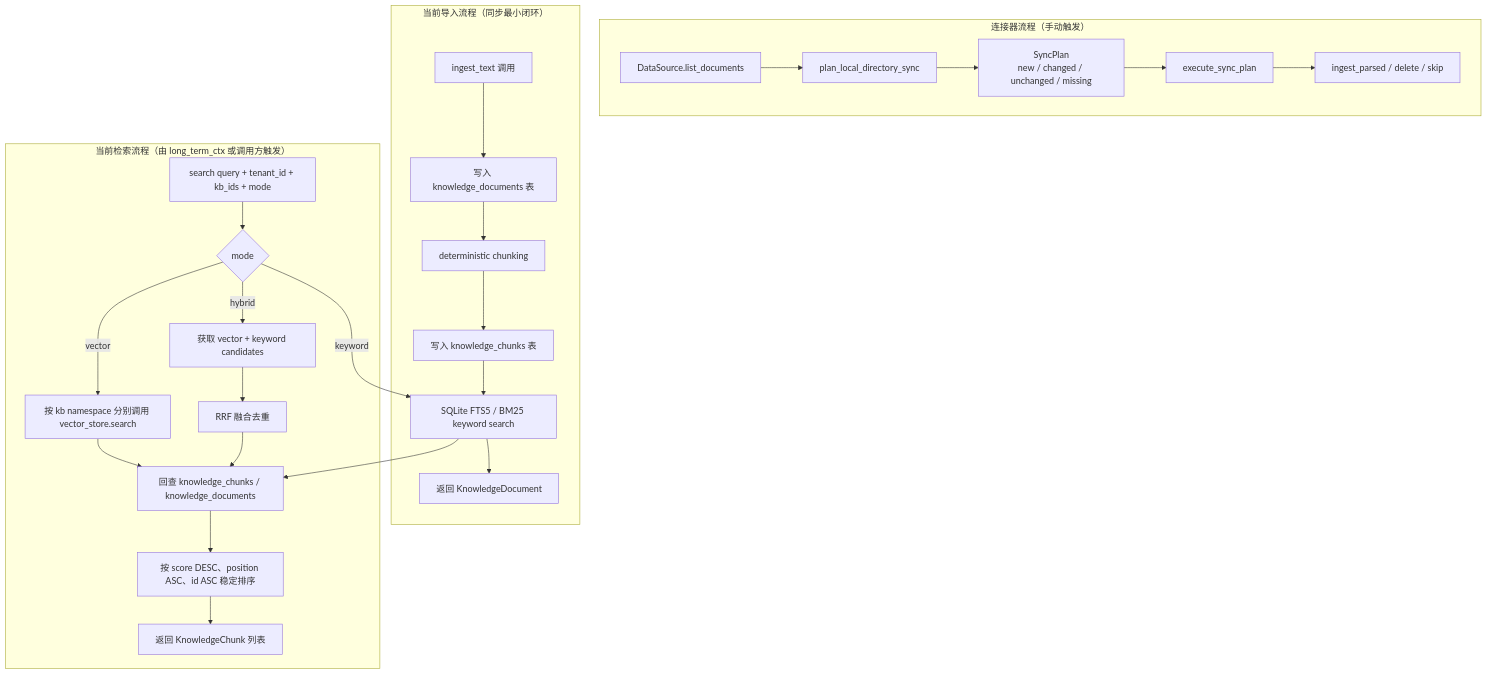
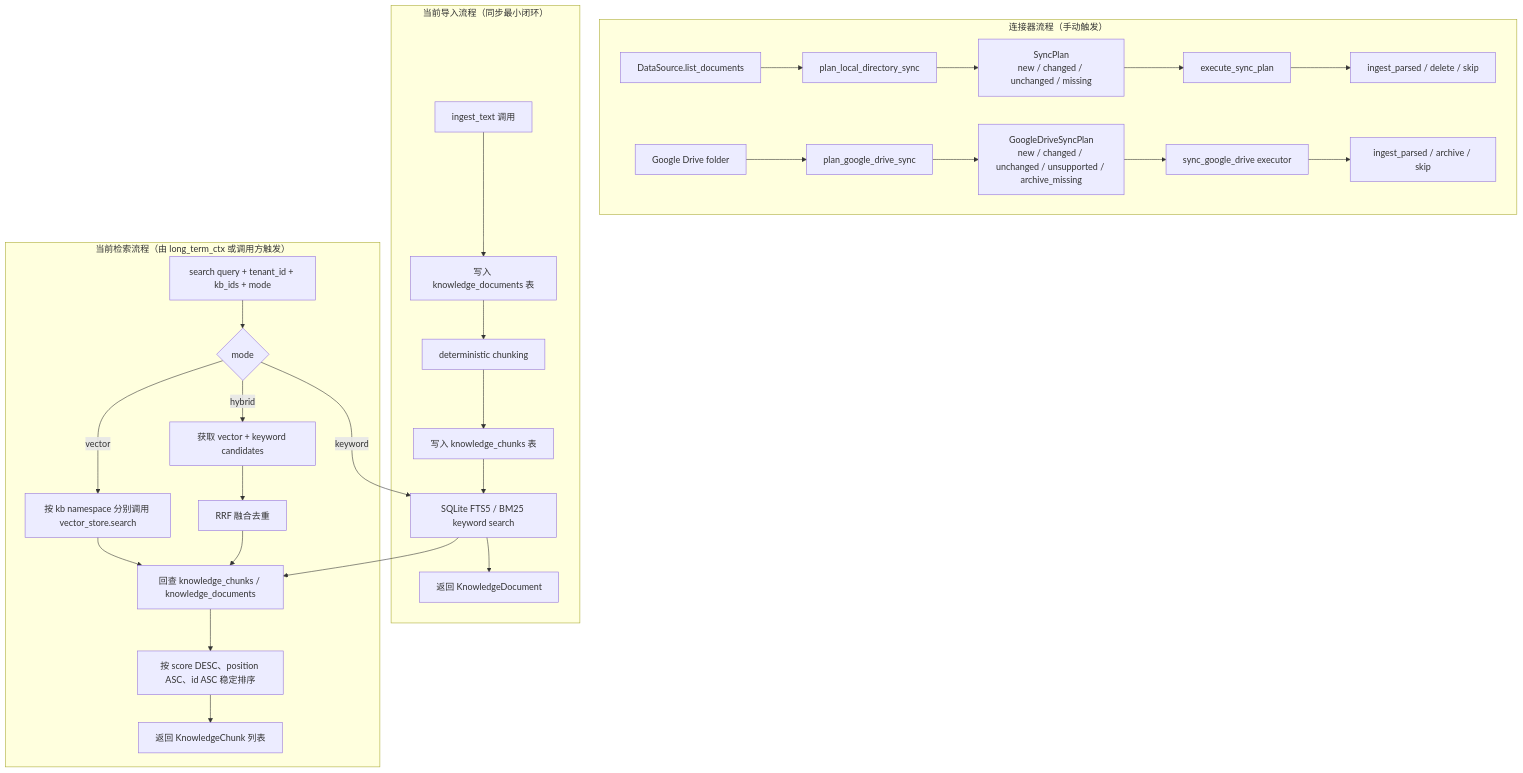
One commit to Summy2104/fleetent changed the diagram in docs/capabilities/knowledge-base.md. Above: the diagram before and after it, drawn with Mermaid. The commit also changed other lines of this file and 18 other files, not shown here.

Commit message:
feat(knowledge-base): add google drive connector

````diff
--- a/docs/capabilities/knowledge-base.md
+++ b/docs/capabilities/knowledge-base.md
@@ -27,31 +27,35 @@
 ```mermaid
 flowchart TD
     subgraph connector["连接器流程（手动触发）"]
         C1[DataSource.list_documents] --> C2[plan_local_directory_sync]
         C2 --> C3[SyncPlan\nnew / changed / unchanged / missing]
         C3 --> C4[execute_sync_plan]
         C4 --> C5[ingest_parsed / delete / skip]
+        G1[Google Drive folder] --> G2[plan_google_drive_sync]
+        G2 --> G3[GoogleDriveSyncPlan\nnew / changed / unchanged / unsupported / archive_missing]
+        G3 --> G4[sync_google_drive executor]
+        G4 --> G5[ingest_parsed / archive / skip]
     end
 
     subgraph ingest["当前导入流程（同步最小闭环）"]
         A[ingest_text 调用] --> B[写入 knowledge_documents 表]
         B --> D[deterministic chunking]
         D --> E[写入 knowledge_chunks 表]
         E --> F[vector_store.upsert\nchunk_id + content + namespace]
         F --> C[返回 KnowledgeDocument]
     end
 
     subgraph search["当前检索流程（由 long_term_ctx 或调用方触发）"]
         K[search query + tenant_id + kb_ids + mode] --> L{mode}
         L -->|vector| V[按 kb namespace 分别调用 vector_store.search]
         L -->|keyword| F[SQLite FTS5 / BM25 keyword search]
         L -->|hybrid| H[获取 vector + keyword candidates]
         V --> M[回查 knowledge_chunks / knowledge_documents]
         F --> M
         H --> R[RRF 融合去重]
         R --> M
         M --> N[按 score DESC、position ASC、id ASC 稳定排序]
         N --> O[返回 KnowledgeChunk 列表]
     end
 
 ```
````
